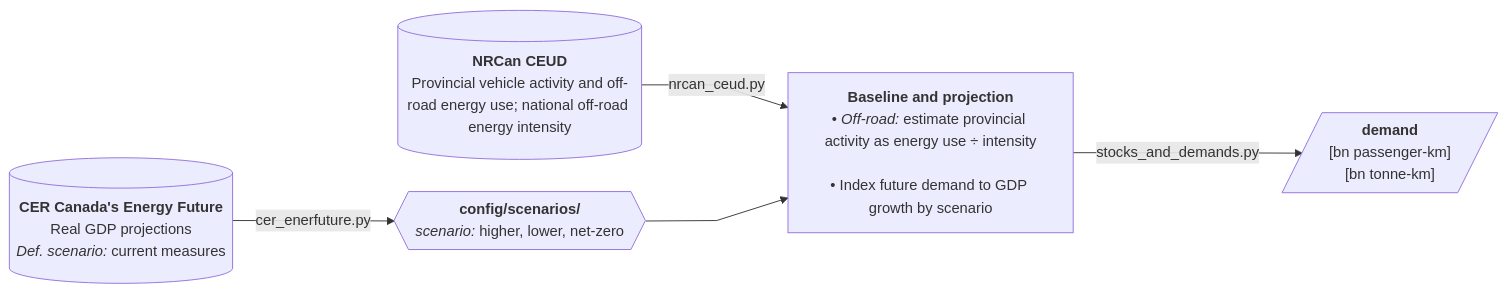
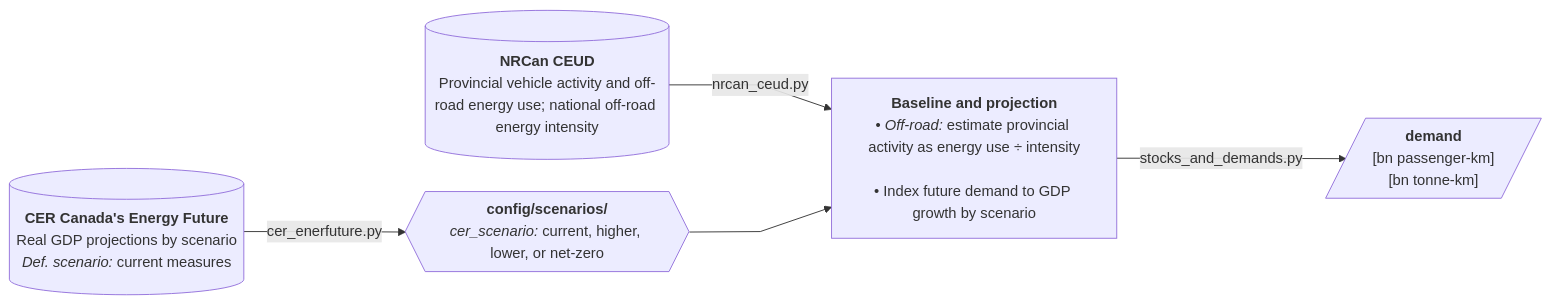
One commit to CANOE-main/canoe-transportation changed the third of 12 diagrams in docs/etl_flowcharts.md. Above: the diagram before and after it, drawn with Mermaid. The commit also changed other lines of this file and 23 other files, not shown here.

First line of the commit message:
Finalize transportation architecture, lifetime diagnostics, and vehicle mappings

````diff
--- a/docs/etl_flowcharts.md
+++ b/docs/etl_flowcharts.md
@@ -113,29 +143,29 @@
 ```mermaid
 ---
 config:
   layout: dagre
   flowchart:
     nodeSpacing: 35
     rankSpacing: 50
     wrappingWidth: 250
     curve: linear
 ---
 flowchart LR
   %% --- Sources ---
   s0[("`**NRCan CEUD**<br>Provincial vehicle activity and off-road energy use; national off-road energy intensity`")]
-  s1[("`**CER Canada's Energy Future**<br>Real GDP projections<br>*Def. scenario:* current measures`")]
+  s1[("`**CER Canada's Energy Future**<br>Real GDP projections by scenario<br>*Def. scenario:* current measures`")]
 
   %% --- Processes ---
-  p0@{shape: hex, label: "**config/scenarios/**<br>*scenario:* higher, lower, net-zero"}
+  p0@{shape: hex, label: "**config/scenarios/**<br>*cer_scenario:* current, higher, lower, or net-zero"}
   p1["`**Baseline and projection**<br>• *Off-road:* estimate provincial activity as energy use ÷ intensity<br><br>• Index future demand to GDP growth by scenario`"]
 
   s0 -- nrcan_ceud.py --> p1
   s1 -- cer_enerfuture.py --> p0
 
   p0 --> p1
   p1 -- stocks_and_demands.py --> o1[/"`**demand**<br>[bn passenger-km]<br>[bn tonne-km]`"/]
 
   %% --- Hyperlinks ---
   click s0 "https://oee.nrcan.gc.ca/corporate/statistics/neud/dpa/menus/trends/comprehensive_tables/list.cfm"
   click s1 "https://open.canada.ca/data/en/dataset/07c42deb-9435-43b9-a416-7ce316f3893d"
 ```
````
